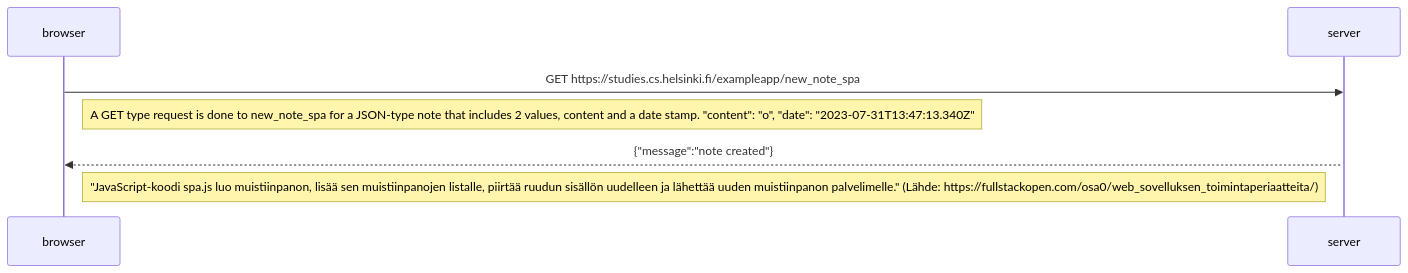
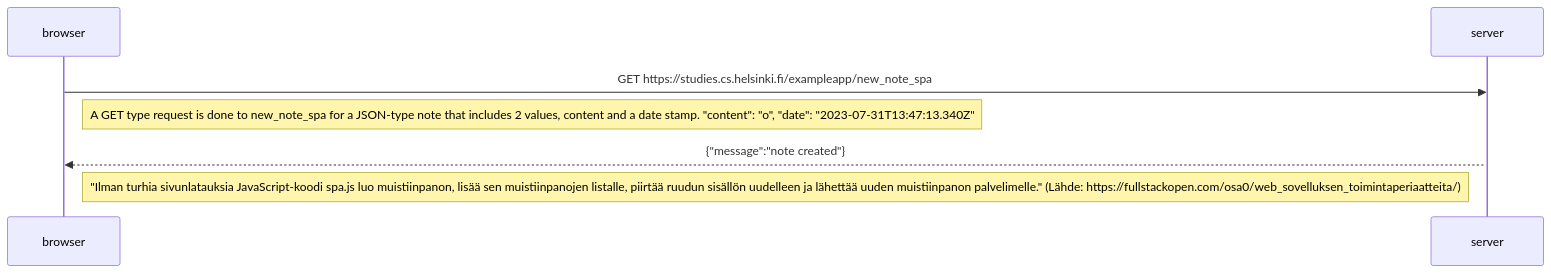
One commit to alelikak/fullstackopen changed the diagram in 06.md. Above: the diagram before and after it, drawn with Mermaid.

````diff
--- a/06.md
+++ b/06.md
@@ -1,12 +1,12 @@
 ```mermaid
 sequenceDiagram
     participant browser
     participant server
     
     browser->>server: GET https://studies.cs.helsinki.fi/exampleapp/new_note_spa
     Note right of browser: A GET type request is done to new_note_spa for a JSON-type note that includes 2 values, content and a date stamp. "content": "o", "date": "2023-07-31T13:47:13.340Z"
 
     activate server
     server-->>browser: {"message":"note created"}
-    Note right of browser: "JavaScript-koodi spa.js luo muistiinpanon, lisää sen muistiinpanojen listalle, piirtää ruudun sisällön uudelleen ja lähettää uuden muistiinpanon palvelimelle." (Lähde: https://fullstackopen.com/osa0/web_sovelluksen_toimintaperiaatteita/)
+    Note right of browser: "Ilman turhia sivunlatauksia JavaScript-koodi spa.js luo muistiinpanon, lisää sen muistiinpanojen listalle, piirtää ruudun sisällön uudelleen ja lähettää uuden muistiinpanon palvelimelle." (Lähde: https://fullstackopen.com/osa0/web_sovelluksen_toimintaperiaatteita/)
 ```
````
